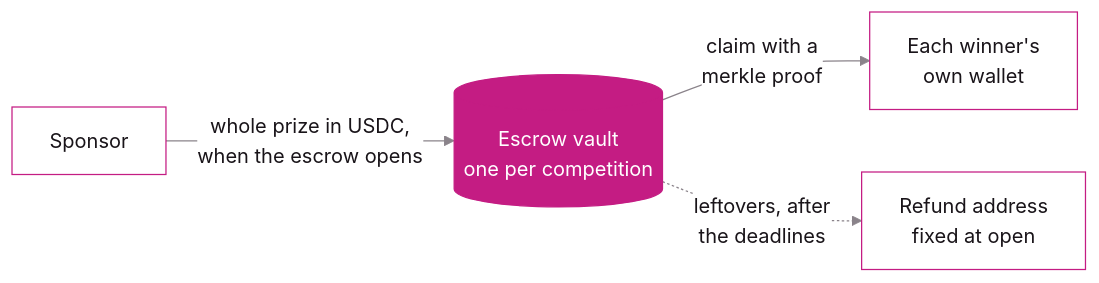
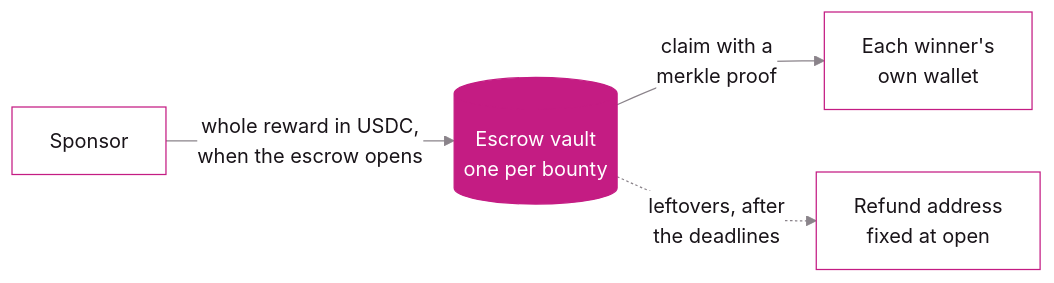
The diagram in profile/README.md (makedotfun/.github), drawn with Mermaid before and after one commit. The commit also changed other lines of this file, not shown here.

Commit message:
Answer the agent bounty questions on the profile

````diff
--- a/profile/README.md
+++ b/profile/README.md
@@ -51,8 +58,8 @@
 ```mermaid
 %%{init: {"theme": "base", "themeVariables": {"primaryColor": "#FFFFFF", "primaryTextColor": "#191419", "primaryBorderColor": "#C41C83", "secondaryColor": "#FAF8FA", "tertiaryColor": "#FAF8FA", "lineColor": "#8A838A", "textColor": "#191419", "edgeLabelBackground": "#FFFFFF", "clusterBkg": "#FAF8FA", "clusterBorder": "#C41C83", "titleColor": "#191419"}}}%%
 flowchart LR
-  sponsor["Sponsor"] -->|"whole prize in USDC,<br/>when the escrow opens"| vault[("Escrow vault<br/>one per competition")]:::money
+  sponsor["Sponsor"] -->|"whole reward in USDC,<br/>when the escrow opens"| vault[("Escrow vault<br/>one per bounty")]:::money
   vault -->|"claim with a<br/>merkle proof"| winners["Each winner's<br/>own wallet"]
   vault -.->|"leftovers, after<br/>the deadlines"| refund["Refund address<br/>fixed at open"]
   classDef money fill:#C41C83,stroke:#C41C83,color:#FFFFFF
 ```
````
